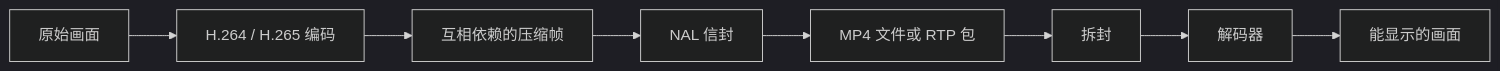
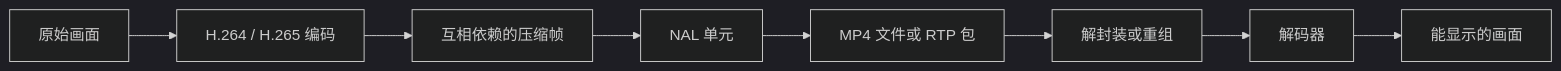
Before and after one commit to flycodeu/FlyCodeCenter: the first of 4 diagrams in src/content/tutorial/ffmpeg/08-H264-H265-Bitstream.md, drawn with Mermaid (dark theme). The commit also changed other lines of this file and 26 other files, not shown here.

````diff
--- a/src/content/tutorial/ffmpeg/08-H264-H265-Bitstream.md
+++ b/src/content/tutorial/ffmpeg/08-H264-H265-Bitstream.md
@@ -29,10 +29,10 @@
 ```mermaid
 flowchart LR
   A[原始画面] --> B[H.264 / H.265 编码]
   B --> C[互相依赖的压缩帧]
-  C --> D[NAL 信封]
+  C --> D[NAL 单元]
   D --> E[MP4 文件或 RTP 包]
-  E --> F[拆封]
+  E --> F[解封装或重组]
   F --> G[解码器]
   G --> H[能显示的画面]
 ```
````
